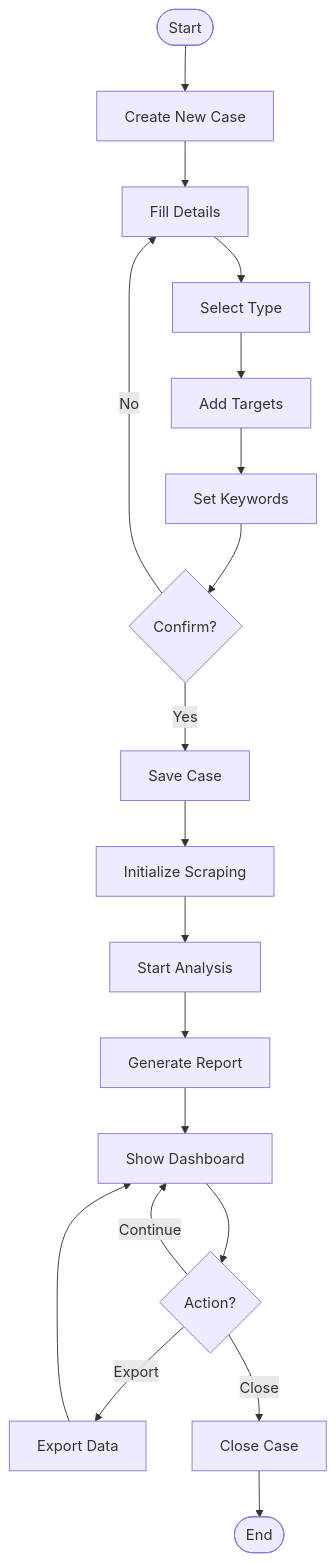
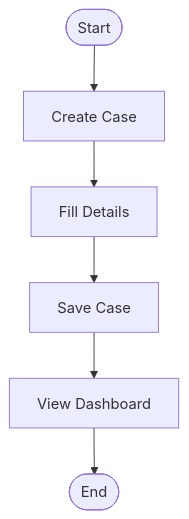
The second of 3 diagrams in diagrams/activity-diagram.md (Andy-Alferdo/reddit-sleuth-forensics-web), drawn with Mermaid before and after one commit. The commit also changed other lines of this file and 4 other files, not shown here.

````diff
--- a/diagrams/activity-diagram.md
+++ b/diagrams/activity-diagram.md
@@ -51,23 +19,8 @@
 ```mermaid
 flowchart TD
-    Start([Start]) --> Create[Create New Case]
+    Start([Start]) --> Create[Create Case]
     Create --> Details[Fill Details]
-    Details --> Type[Select Type]
-    Type --> Targets[Add Targets]
-    Targets --> Keywords[Set Keywords]
-    Keywords --> Confirm{Confirm?}
-    
-    Confirm -->|No| Details
-    Confirm -->|Yes| Save[Save Case]
-    Save --> Init[Initialize Scraping]
-    Init --> Analyze[Start Analysis]
-    Analyze --> Report[Generate Report]
-    Report --> Dashboard[Show Dashboard]
-    
-    Dashboard --> Action{Action?}
-    Action -->|Export| Export[Export Data]
-    Export --> Dashboard
-    Action -->|Close| Close[Close Case]
-    Close --> End([End])
-    Action -->|Continue| Dashboard
+    Details --> Save[Save Case]
+    Save --> Dashboard[View Dashboard]
+    Dashboard --> End([End])
 ```
````
